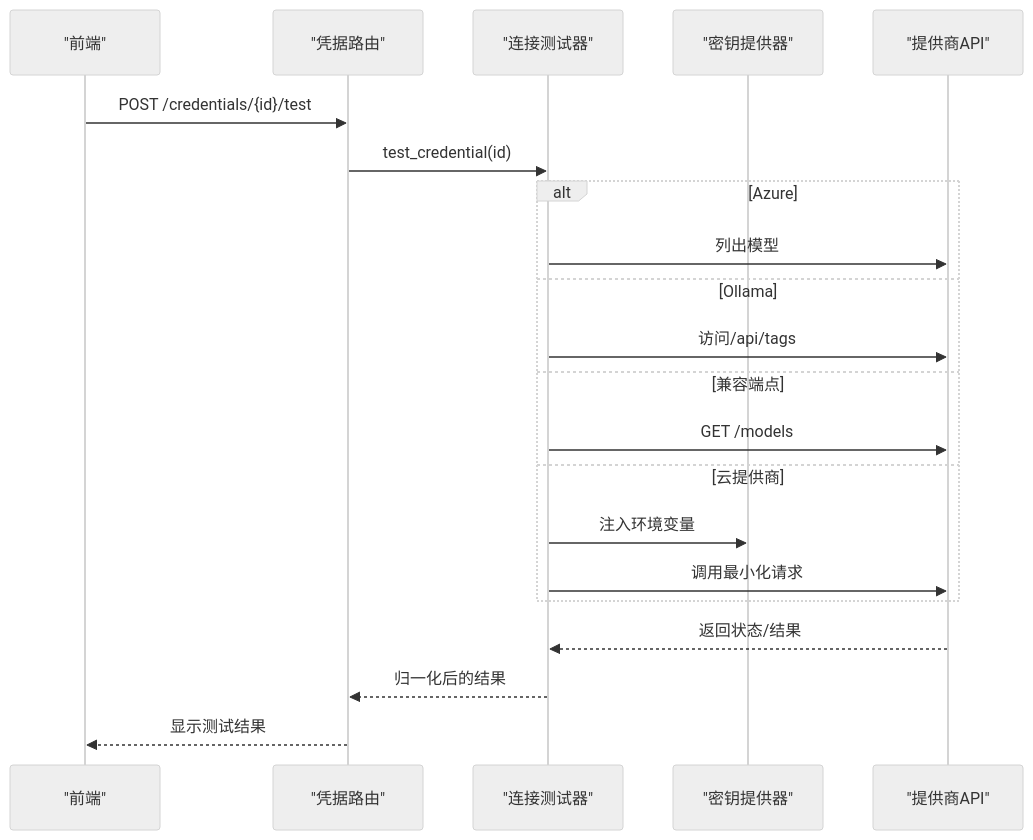
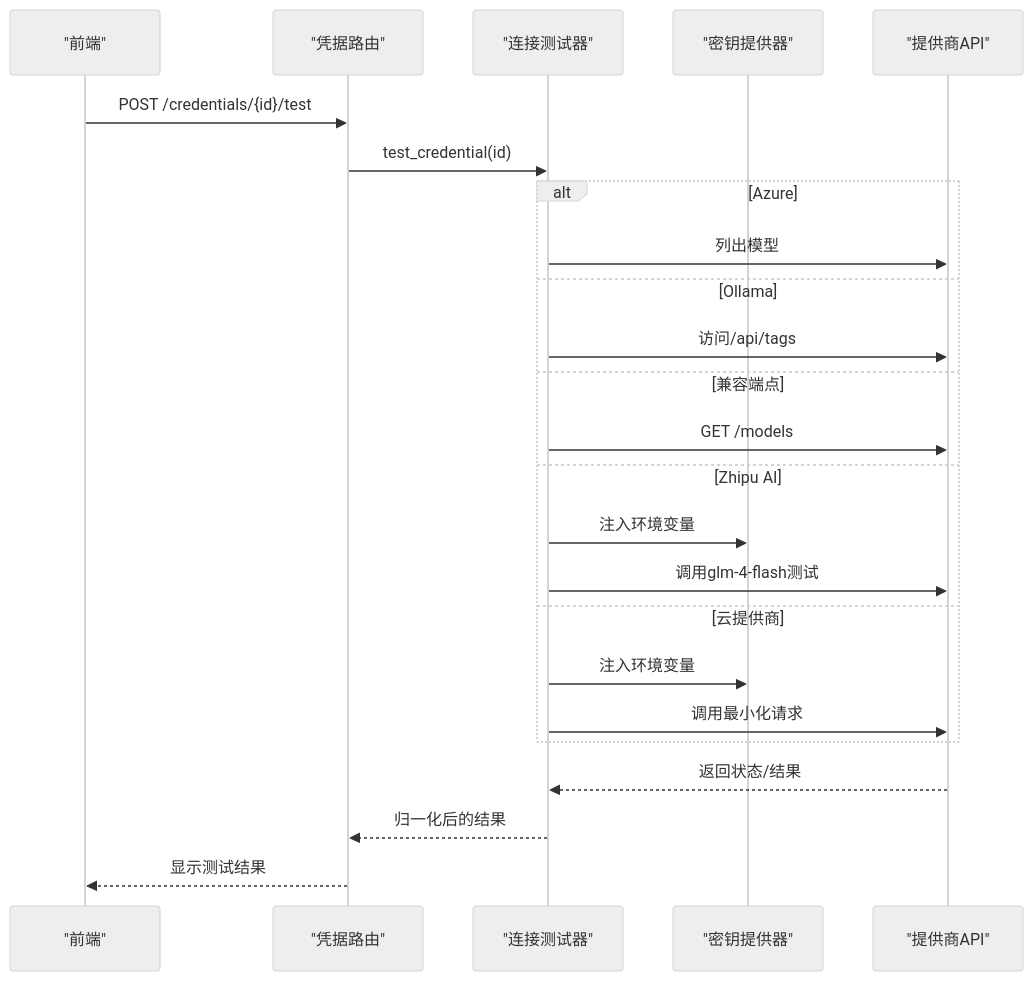
Before and after one commit to jackeyunjie/open-notebook: the fifth of 8 diagrams in .qoder/repowiki/zh/content/配置管理/AI提供商配置/AI提供商配置.md, drawn with Mermaid (neutral theme). The commit also changed other lines of this file and 24 other files, not shown here.

````diff
--- a/.qoder/repowiki/zh/content/配置管理/AI提供商配置/AI提供商配置.md
+++ b/.qoder/repowiki/zh/content/配置管理/AI提供商配置/AI提供商配置.md
@@ -250,23 +260,26 @@
 ```mermaid
 sequenceDiagram
 participant FE as "前端"
 participant API as "凭据路由"
 participant CT as "连接测试器"
 participant K as "密钥提供器"
 participant P as "提供商API"
 FE->>API : POST /credentials/{id}/test
 API->>CT : test_credential(id)
 alt Azure
 CT->>P : 列出模型
 else Ollama
 CT->>P : 访问/api/tags
 else 兼容端点
 CT->>P : GET /models
+else Zhipu AI
+CT->>K : 注入环境变量
+CT->>P : 调用glm-4-flash测试
 else 云提供商
 CT->>K : 注入环境变量
 CT->>P : 调用最小化请求
 end
 P-->>CT : 返回状态/结果
 CT-->>API : 归一化后的结果
 API-->>FE : 显示测试结果
 ```
````
